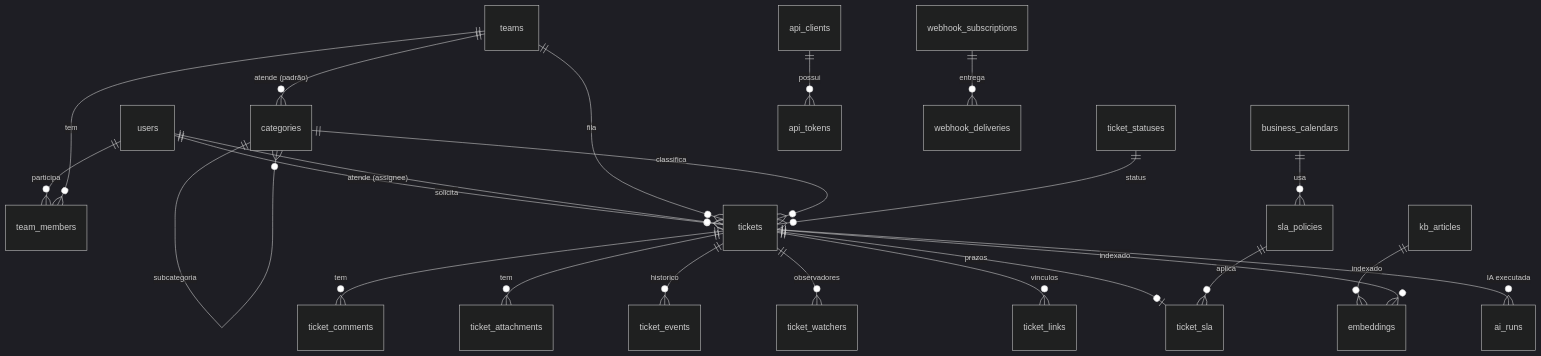
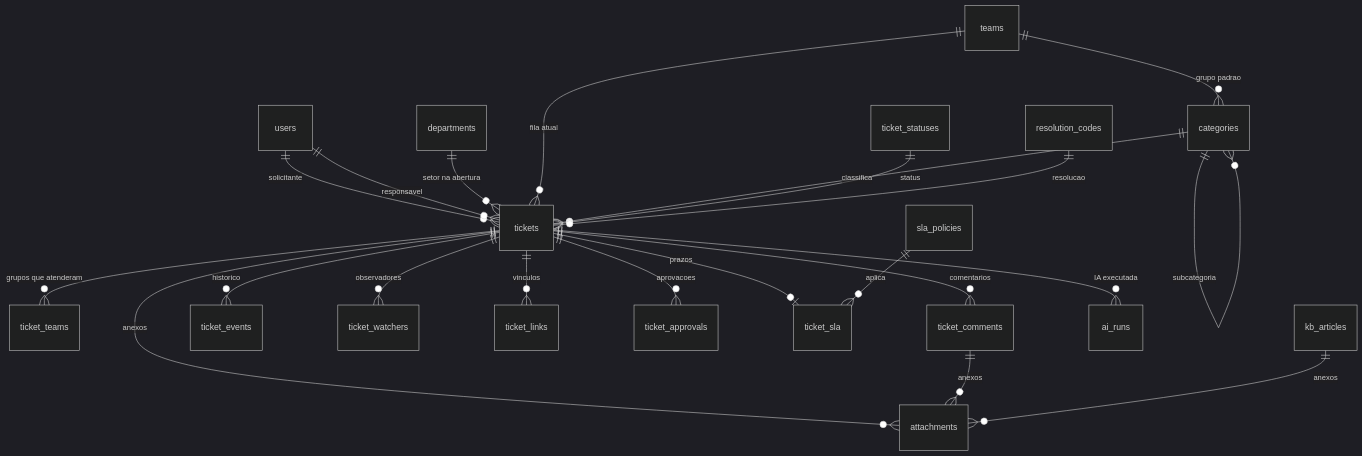
The second of 2 diagrams in docs/04-modelo-de-dados.md (0LB-i/ticketflow), drawn with Mermaid (dark theme) before and after one commit. The commit also changed other lines of this file and 16 other files, not shown here.

````diff
--- a/docs/04-modelo-de-dados.md
+++ b/docs/04-modelo-de-dados.md
@@ -7,25 +30,24 @@
 ```mermaid
 erDiagram
-    users ||--o{ team_members : participa
-    teams ||--o{ team_members : tem
-    teams ||--o{ categories : "atende (padrão)"
     categories ||--o{ categories : subcategoria
-    users ||--o{ tickets : solicita
-    users ||--o{ tickets : "atende (assignee)"
-    teams ||--o{ tickets : fila
+    teams ||--o{ categories : "grupo padrao"
+    users ||--o{ tickets : solicitante
+    users ||--o{ tickets : responsavel
+    departments ||--o{ tickets : "setor na abertura"
+    teams ||--o{ tickets : "fila atual"
     categories ||--o{ tickets : classifica
     ticket_statuses ||--o{ tickets : status
-    tickets ||--o{ ticket_comments : tem
-    tickets ||--o{ ticket_attachments : tem
+    resolution_codes ||--o{ tickets : resolucao
+    tickets ||--o{ ticket_teams : "grupos que atenderam"
+    tickets ||--o{ ticket_comments : comentarios
+    tickets ||--o{ attachments : anexos
+    ticket_comments ||--o{ attachments : anexos
     tickets ||--o{ ticket_events : historico
     tickets ||--o{ ticket_watchers : observadores
     tickets ||--o{ ticket_links : vinculos
+    tickets ||--o{ ticket_approvals : aprovacoes
     tickets ||--o| ticket_sla : prazos
     sla_policies ||--o{ ticket_sla : aplica
-    business_calendars ||--o{ sla_policies : usa
-    kb_articles ||--o{ embeddings : indexado
-    tickets ||--o{ embeddings : indexado
+    kb_articles ||--o{ attachments : anexos
     tickets ||--o{ ai_runs : "IA executada"
-    api_clients ||--o{ api_tokens : possui
-    webhook_subscriptions ||--o{ webhook_deliveries : entrega
 ```
````
